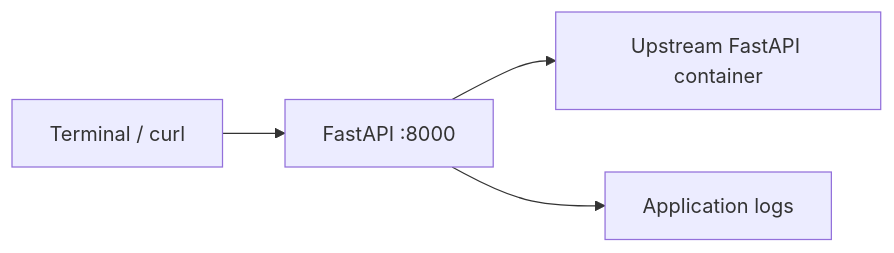
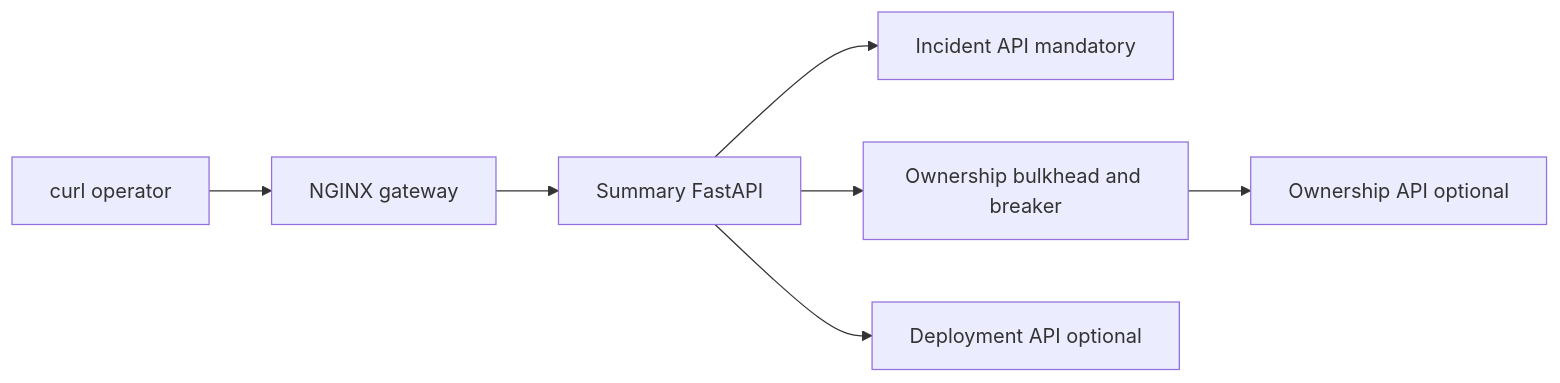
The fourth of 4 diagrams in docs/sysdesign/daily-architecture-lab/lesson-05-api-gateway-cascading-failures-circuit-breakers.md (samperay/wiki), drawn with Mermaid before and after one commit. The commit also changed other lines of this file, not shown here.

Commit message:
docs: rebuild lesson 05 lab to match NGINX gateway and incident summary architecture

````diff
--- a/docs/sysdesign/daily-architecture-lab/lesson-05-api-gateway-cascading-failures-circuit-breakers.md
+++ b/docs/sysdesign/daily-architecture-lab/lesson-05-api-gateway-cascading-failures-circuit-breakers.md
@@ -478,6 +490,9 @@
 ```mermaid
 flowchart LR
-  C["Terminal / curl"] --> A["FastAPI :8000"]
-  A --> B["Upstream FastAPI container"]
-  A --> L["Application logs"]
+  U["curl operator"] --> G["NGINX gateway"]
+  G --> S["Summary FastAPI"]
+  S --> I["Incident API mandatory"]
+  S --> B["Ownership bulkhead and breaker"]
+  B --> O["Ownership API optional"]
+  S --> D["Deployment API optional"]
 ```
````
